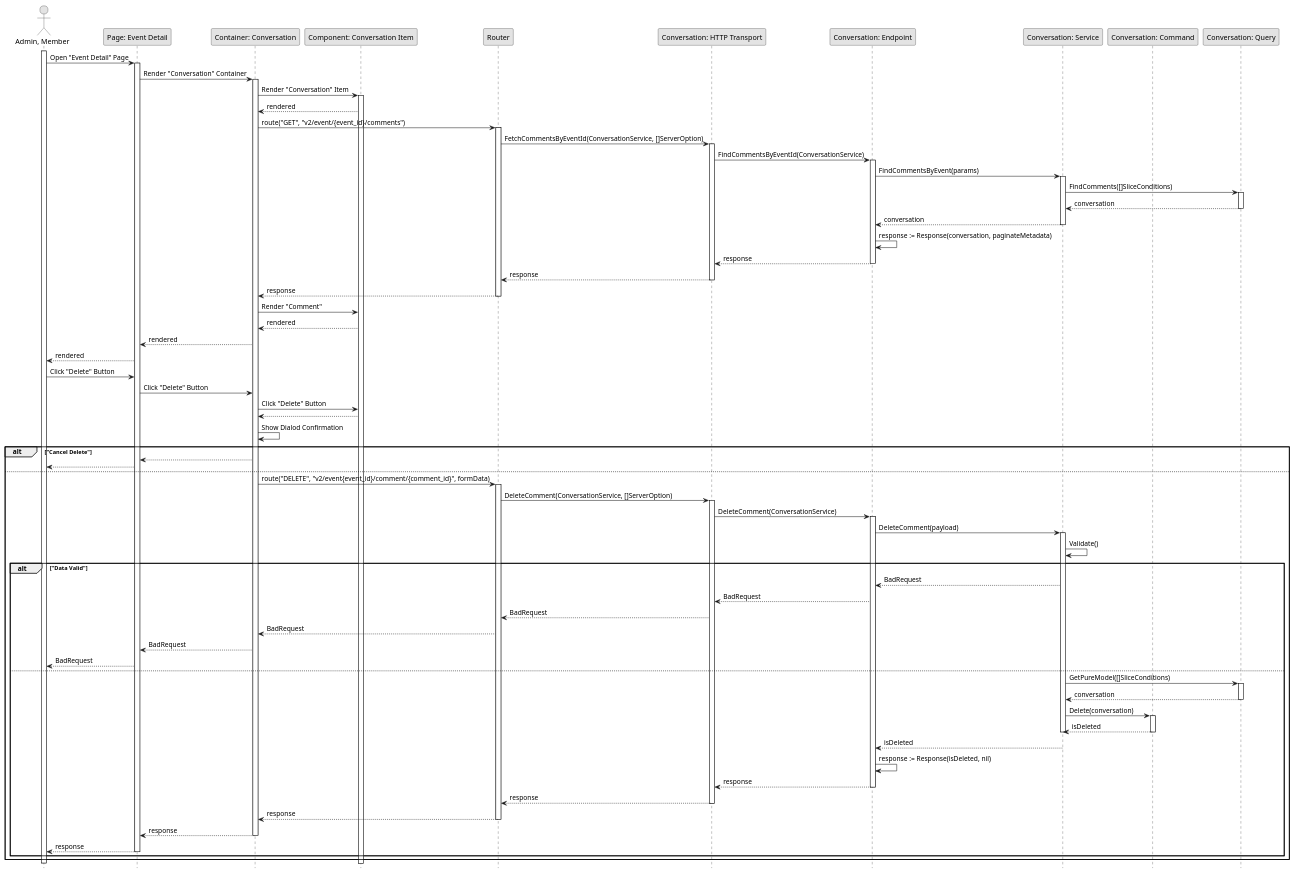
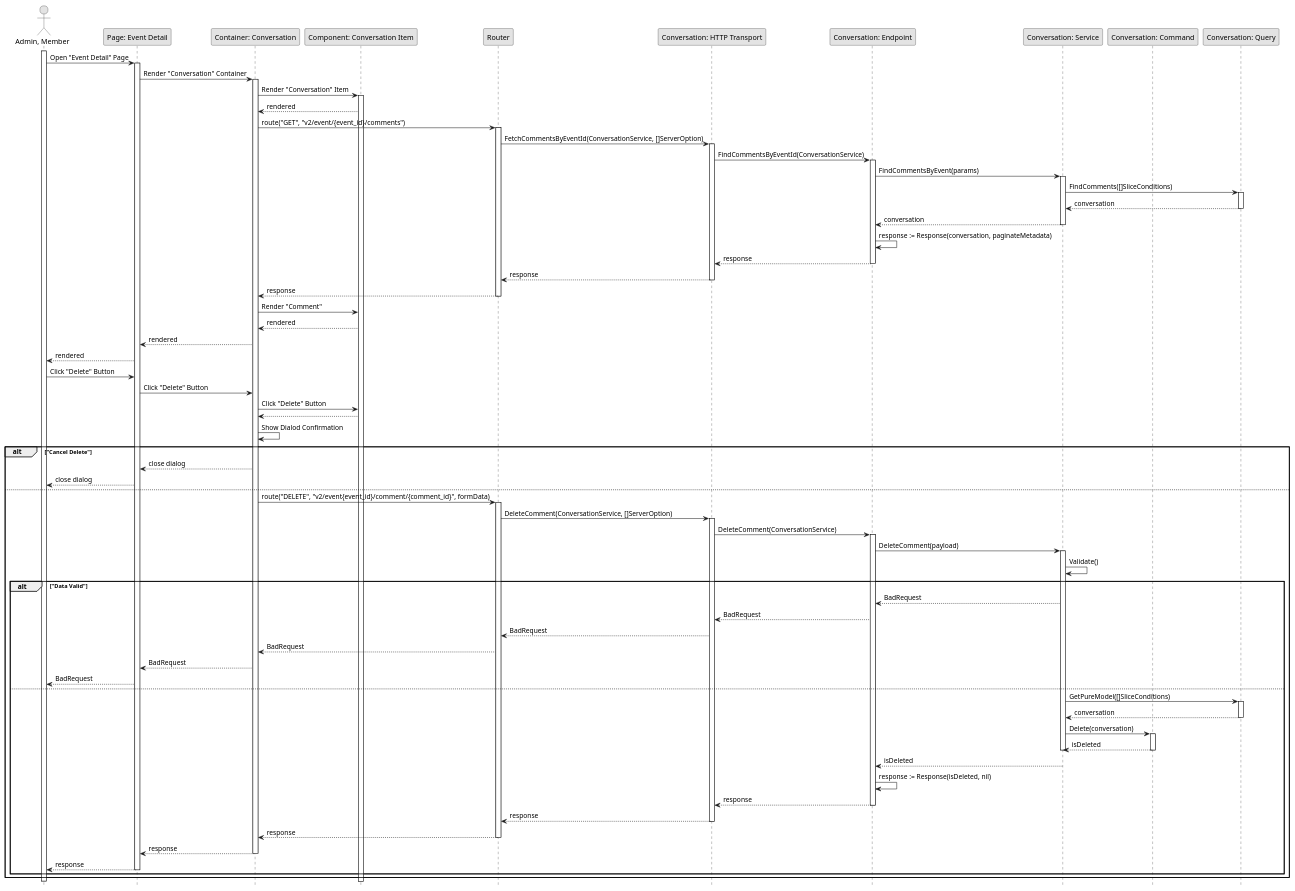
Before and after one commit to fwidjaya20/fazzlearning-uml: the diagram in Sequence/Release03/DeleteConversation.wsd, drawn with PlantUML. The commit also changed 3 other files, not shown here.

Commit message:
fix(sequence): adding return wording

```diff
--- a/Sequence/Release03/DeleteConversation.wsd
+++ b/Sequence/Release03/DeleteConversation.wsd
@@ -1,112 +1,112 @@
 @startuml DeleteConversation
 
 skinparam Monochrome true
 skinparam Shadowing false
 hide footbox
 
 actor "Admin, Member" as Actor
 participant "Page: Event Detail" as EventDetailPage
 participant "Container: Conversation" as ConversationContainer
 participant "Component: Conversation Item" as ConversationItem
 participant "Router" as Router
 participant "Conversation: HTTP Transport" as ConversationHTTPTransport
 participant "Conversation: Endpoint" as ConversationEndpoint
 participant "Conversation: Service" as ConversationService
 participant "Conversation: Command" as ConversationCommand
 participant "Conversation: Query" as ConversationQuery
 
 activate Actor
 
 Actor->EventDetailPage: Open "Event Detail" Page
 activate EventDetailPage
 EventDetailPage->ConversationContainer: Render "Conversation" Container
 activate ConversationContainer
 ConversationContainer->ConversationItem: Render "Conversation" Item
 activate ConversationItem
 ConversationItem-->ConversationContainer: rendered
 ConversationContainer->Router: route("GET", "v2/event/{event_id}/comments")
 activate Router
 Router->ConversationHTTPTransport: FetchCommentsByEventId(ConversationService, []ServerOption)
 activate ConversationHTTPTransport
 ConversationHTTPTransport->ConversationEndpoint: FindCommentsByEventId(ConversationService)
 activate ConversationEndpoint
 ConversationEndpoint->ConversationService: FindCommentsByEvent(params)
 
 activate ConversationService
 ConversationService->ConversationQuery: FindComments([]SliceConditions)
 activate ConversationQuery
 ConversationQuery-->ConversationService: conversation
 deactivate ConversationQuery
 ConversationService-->ConversationEndpoint: conversation
 deactivate ConversationService
 
 ConversationEndpoint->ConversationEndpoint: response := Response(conversation, paginateMetadata)
 ConversationEndpoint-->ConversationHTTPTransport: response
 deactivate ConversationEndpoint
 ConversationHTTPTransport-->Router: response
 deactivate ConversationHTTPTransport
 Router-->ConversationContainer: response
 deactivate Router
 ConversationContainer->ConversationItem: Render "Comment"
 ConversationItem-->ConversationContainer: rendered
 ConversationContainer-->EventDetailPage: rendered
 EventDetailPage-->Actor: rendered
 
 Actor->EventDetailPage: Click "Delete" Button
 EventDetailPage->ConversationContainer: Click "Delete" Button
 ConversationContainer->ConversationItem: Click "Delete" Button
 ConversationItem-->ConversationContainer
 ConversationContainer->ConversationContainer: Show Dialod Confirmation
 
 alt "Cancel Delete"
-    ConversationContainer-->EventDetailPage
-    EventDetailPage-->Actor
+    ConversationContainer-->EventDetailPage: close dialog
+    EventDetailPage-->Actor: close dialog
 else
     ConversationContainer->Router: route("DELETE", "v2/event{event_id}/comment/{comment_id}", formData)
     activate Router
     Router->ConversationHTTPTransport: DeleteComment(ConversationService, []ServerOption)
     activate ConversationHTTPTransport
     ConversationHTTPTransport->ConversationEndpoint: DeleteComment(ConversationService)
     activate ConversationEndpoint
     ConversationEndpoint->ConversationService: DeleteComment(payload)
 
     activate ConversationService
     ConversationService->ConversationService: Validate()
 
     alt "Data Valid"
         ConversationService-->ConversationEndpoint: BadRequest
         ConversationEndpoint-->ConversationHTTPTransport: BadRequest
         ConversationHTTPTransport-->Router: BadRequest
         Router-->ConversationContainer: BadRequest
         ConversationContainer-->EventDetailPage: BadRequest
         EventDetailPage-->Actor: BadRequest
     else
         ConversationService->ConversationQuery: GetPureModel([]SliceConditions)
         activate ConversationQuery
         ConversationQuery-->ConversationService: conversation
         deactivate ConversationQuery
 
         ConversationService->ConversationCommand: Delete(conversation)
         activate ConversationCommand
         ConversationCommand-->ConversationService: isDeleted
         deactivate ConversationCommand
         deactivate ConversationService
         
         ConversationService-->ConversationEndpoint: isDeleted
         ConversationEndpoint->ConversationEndpoint: response := Response(isDeleted, nil)
         ConversationEndpoint-->ConversationHTTPTransport: response
         deactivate ConversationEndpoint
         ConversationHTTPTransport-->Router: response
         deactivate ConversationHTTPTransport
         Router-->ConversationContainer: response
         deactivate Router
         ConversationContainer-->EventDetailPage: response
         deactivate ConversationContainer
         EventDetailPage-->Actor: response
         deactivate EventDetailPage
     end
 end
 
 deactivate Actor
 
 @enduml
```
